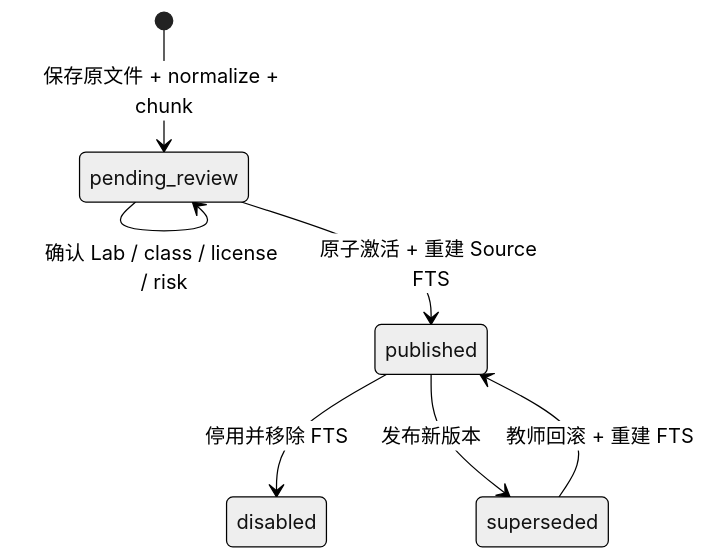
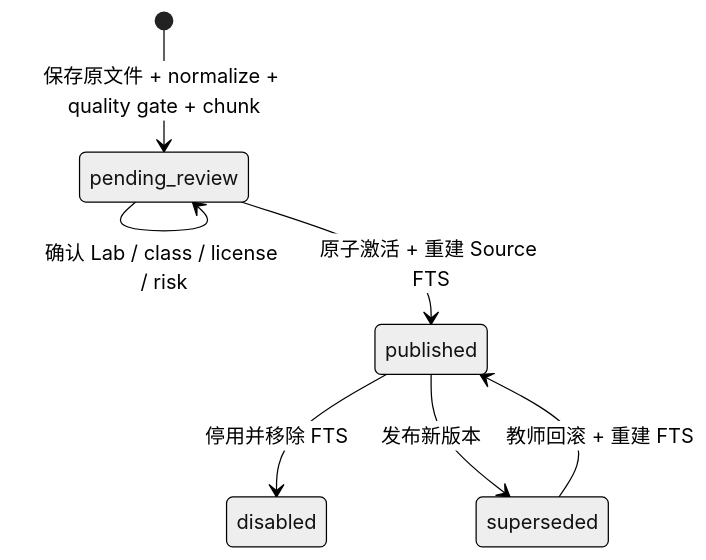
Before and after one commit to AM-SuSh/EVOLVE: the seventh of 10 diagrams in os-lab/docs/agent-system-technical.md, drawn with Mermaid (neutral theme). The commit also changed other lines of this file and 24 other files, not shown here.

````diff
--- a/os-lab/docs/agent-system-technical.md
+++ b/os-lab/docs/agent-system-technical.md
@@ -269,9 +269,9 @@
 ```mermaid
 stateDiagram-v2
-  [*] --> pending_review: 保存原文件 + normalize + chunk
+  [*] --> pending_review: 保存原文件 + normalize + quality gate + chunk
   pending_review --> pending_review: 确认 Lab / class / license / risk
   pending_review --> published: 原子激活 + 重建 Source FTS
   published --> disabled: 停用并移除 FTS
   published --> superseded: 发布新版本
   superseded --> published: 教师回滚 + 重建 FTS
 ```
````
